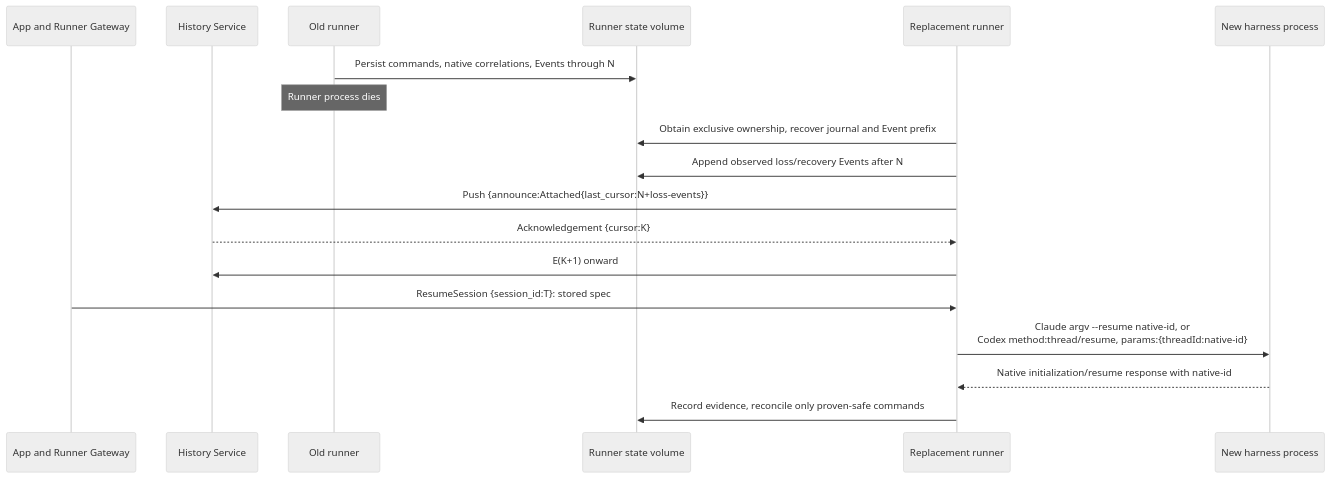
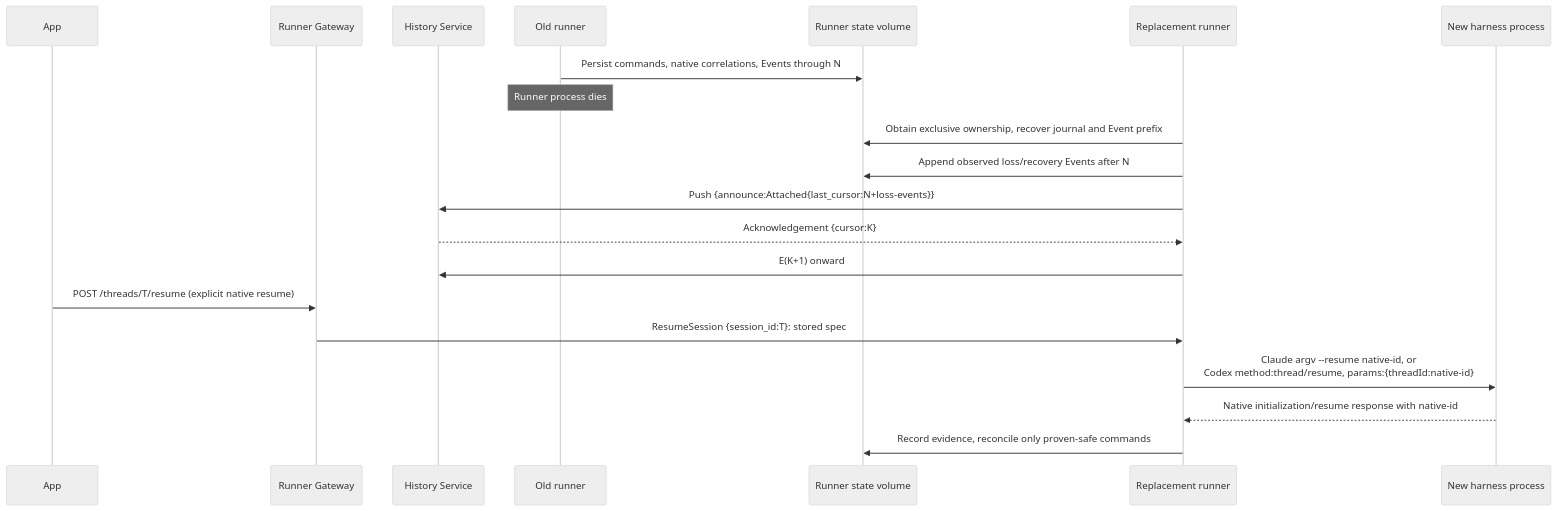
One commit to agentydragon-agent/ducktape changed the fifth of 5 diagrams in agentplane/docs/thread_layering.md. Above: the diagram before and after it, drawn with Mermaid (neutral theme). The commit also changed other lines of this file and 15 other files, not shown here.

````diff
--- a/agentplane/docs/thread_layering.md
+++ b/agentplane/docs/thread_layering.md
@@ -465,20 +441,22 @@
 ```mermaid
 sequenceDiagram
-    participant A as App and Runner Gateway
+    participant A as App
+    participant G as Runner Gateway
     participant HS as History Service
     participant R1 as Old runner
     participant S as Runner state volume
     participant R2 as Replacement runner
     participant H as New harness process
     R1->>S: Persist commands, native correlations, Events through N
     Note over R1: Runner process dies
     R2->>S: Obtain exclusive ownership, recover journal and Event prefix
     R2->>S: Append observed loss/recovery Events after N
     R2->>HS: Push {announce:Attached{last_cursor:N+loss-events}}
     HS-->>R2: Acknowledgement {cursor:K}
     R2->>HS: E(K+1) onward
-    A->>R2: ResumeSession {session_id:T}: stored spec
+    A->>G: POST /threads/T/resume (explicit native resume)
+    G->>R2: ResumeSession {session_id:T}: stored spec
     R2->>H: Claude argv --resume native-id, or<br/>Codex method:thread/resume, params:{threadId:native-id}
     H-->>R2: Native initialization/resume response with native-id
     R2->>S: Record evidence, reconcile only proven-safe commands
 ```
````
